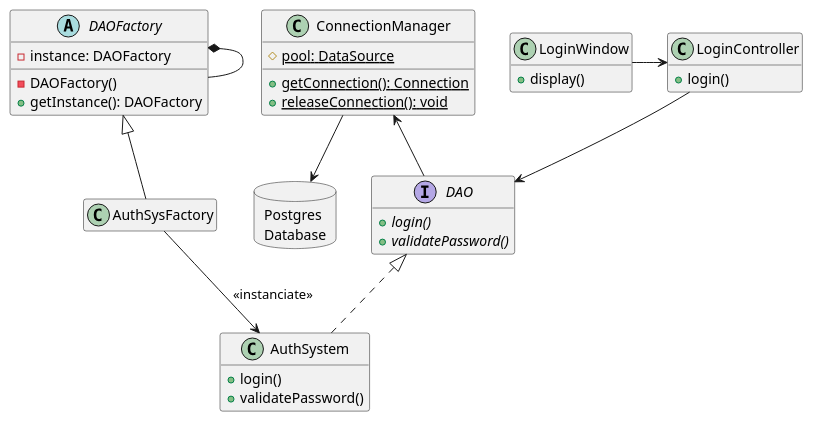
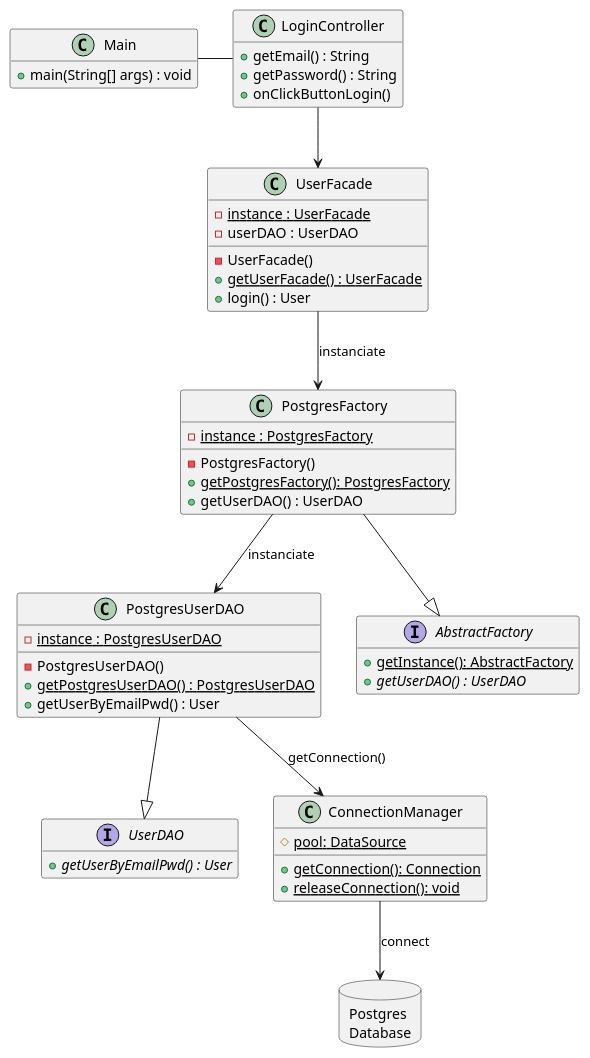
Before and after one commit to iusildra/WineCellar: the diagram in doc/reports/prototype/plantuml/loginClassDiagram.plantuml, drawn with PlantUML. The commit also changed 1 other file, not shown here.

Commit message:
update de login

```diff
--- a/doc/reports/prototype/plantuml/loginClassDiagram.plantuml
+++ b/doc/reports/prototype/plantuml/loginClassDiagram.plantuml
@@ -1,48 +1,71 @@
 @startuml loginClassDiagram
 hide empty members
-class LoginWindow {
-  + display()
+
+class Main {
+    + main(String[] args) : void
 }
 
 class LoginController {
-  + login()
+    + getEmail() : String
+    + getPassword() : String
+    + onClickButtonLogin()
 }
 
-Interface DAO {
-  + {abstract} login()
-  + {abstract} validatePassword()
+class UserFacade {
+    - {static} instance : UserFacade
+    - userDAO : UserDAO
+    - UserFacade()
+    + {static} getUserFacade() : UserFacade
+    + login() : User
 }
 
-class AuthSystem {
-  + login()
-  + validatePassword()
+Interface UserDAO {
+  + {abstract} getUserByEmailPwd() : User
+}
+
+class PostgresUserDAO {
+    - {static} instance : PostgresUserDAO
+    - PostgresUserDAO()
+    + {static} getPostgresUserDAO() : PostgresUserDAO
+    + getUserByEmailPwd() : User
 }
 
 class ConnectionManager {
   # {static} pool: DataSource
   + {static} getConnection(): Connection
   + {static} releaseConnection(): void
 }
 
-abstract DAOFactory {
-  - instance: DAOFactory
-  - DAOFactory()
-  + getInstance(): DAOFactory
+interface AbstractFactory {
+  + {static} getInstance(): AbstractFactory
+  + {abstract} getUserDAO() : UserDAO
 }
-DAOFactory *-- DAOFactory
 
-class AuthSysFactory
-AuthSysFactory -u-|> DAOFactory
-
+class PostgresFactory {
+    - {static} instance : PostgresFactory
+    - PostgresFactory()
+    + {static} getPostgresFactory(): PostgresFactory
+    + getUserDAO() : UserDAO
+}
 
 database "Postgres\nDatabase" as Postgres {
 
 }
 
-DAO               -u-> ConnectionManager
-AuthSystem        .u.|> DAO
-LoginController   -->  DAO
-LoginWindow       -> LoginController
-ConnectionManager -d-> Postgres
-AuthSysFactory    -d-> AuthSystem: <<instanciate>>
+Main - LoginController
+
+LoginController --> UserFacade
+
+PostgresFactory --|> AbstractFactory
+PostgresUserDAO --|> UserDAO
+
+UserFacade --> PostgresFactory : instanciate
+
+PostgresFactory --> PostgresUserDAO : instanciate
+
+
+
+PostgresUserDAO --> ConnectionManager : getConnection()
+
+ConnectionManager --> Postgres : connect
 @enduml
```
